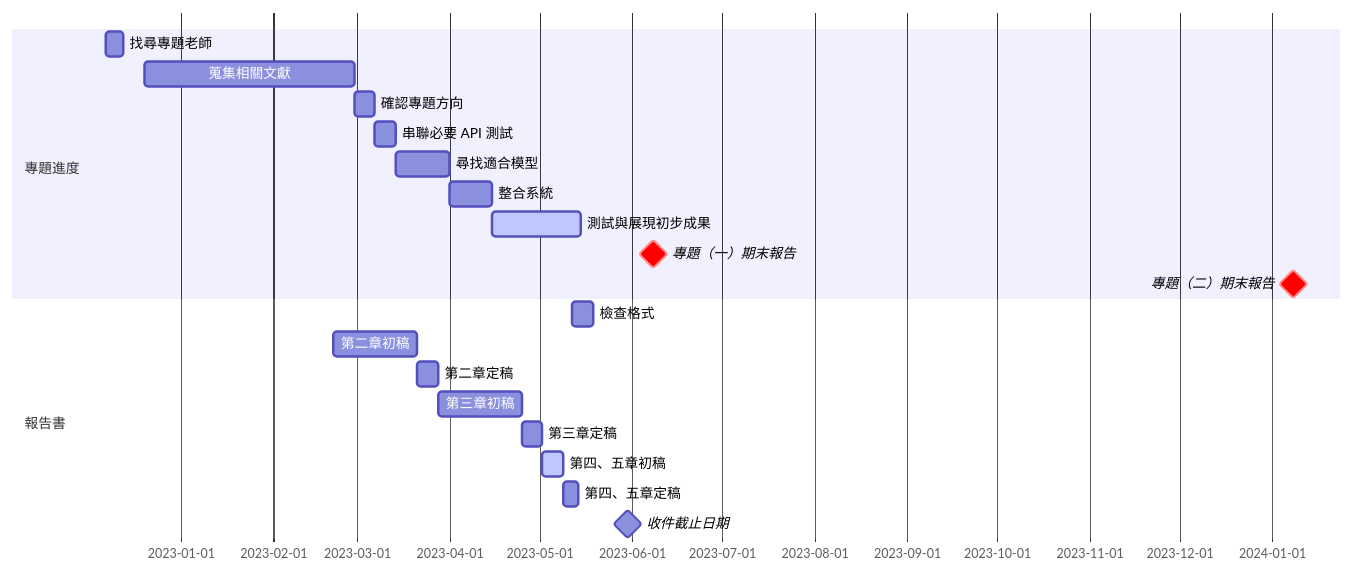
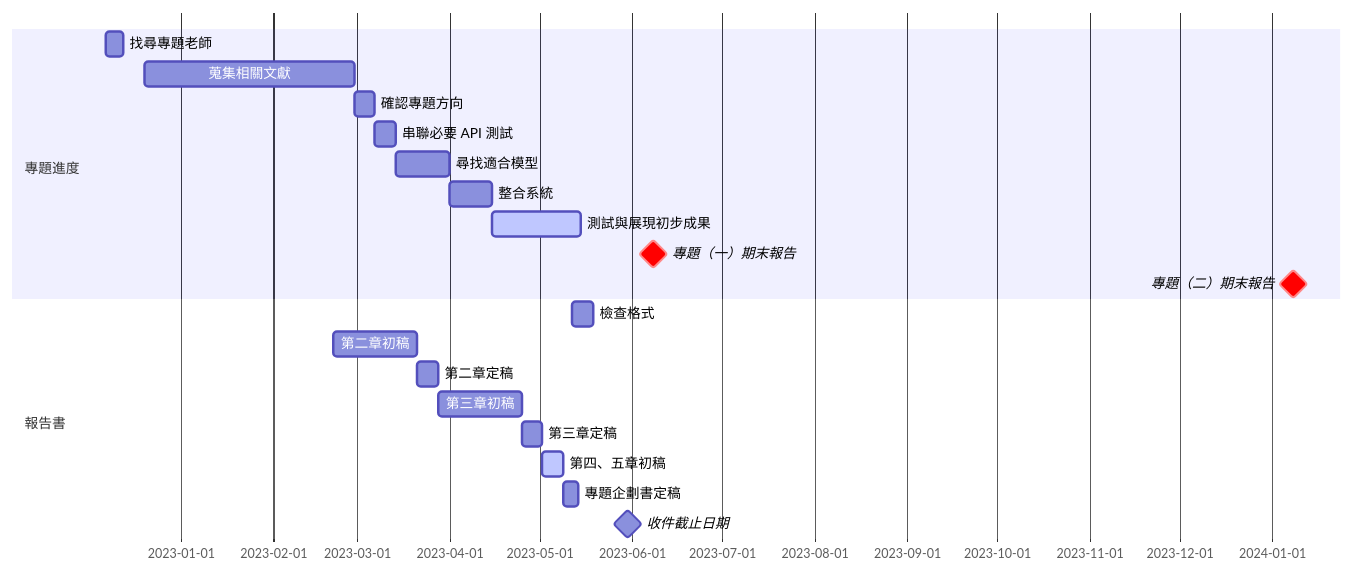
Before and after one commit to kakeru13468/A02_AI_Video_Generation: the third of 3 diagrams in README.md, drawn with Mermaid.

Commit message:
modify the Gantt chart

````diff
--- a/README.md
+++ b/README.md
@@ -42,26 +42,26 @@
 ```mermaid
 gantt
     todayMarker
     dateFormat  YYYY-MM-DD
 
     section 專題進度
     找尋專題老師       :  2022-12-07, 6d
     蒐集相關文獻      : 2022-12-20, 70d
     確認專題方向      : 2023-02-28, 7d
     串聯必要 API 測試 : 2023-03-07, 7d
     尋找適合模型         : 2023-03-14, 18d
     整合系統             : 2023-04-01, 14d
     測試與展現初步成果  : active, 2023-04-15, 30d
     專題（一）期末報告       : crit, milestone, 2023-06-08,  8min
     專題（二）期末報告       : crit, milestone, 2024-01-08,  8min %%FIXME
 
     section 報告書
     檢查格式             : 2023-05-12, 1w
     第二章初稿          : 2023-02-21, 28d
     第二章定稿          : 2023-03-21, 1w
     第三章初稿          : 2023-03-28, 28d
     第三章定稿          : 2023-04-25, 1w
     第四、五章初稿          : active, 2023-05-02, 1w
-    第四、五章定稿          : 2023-05-09, 5d
+    專題企劃書定稿          : 2023-05-09, 5d
     收件截止日期          : milestone, 2023-05-30, 1d
 ```
````
